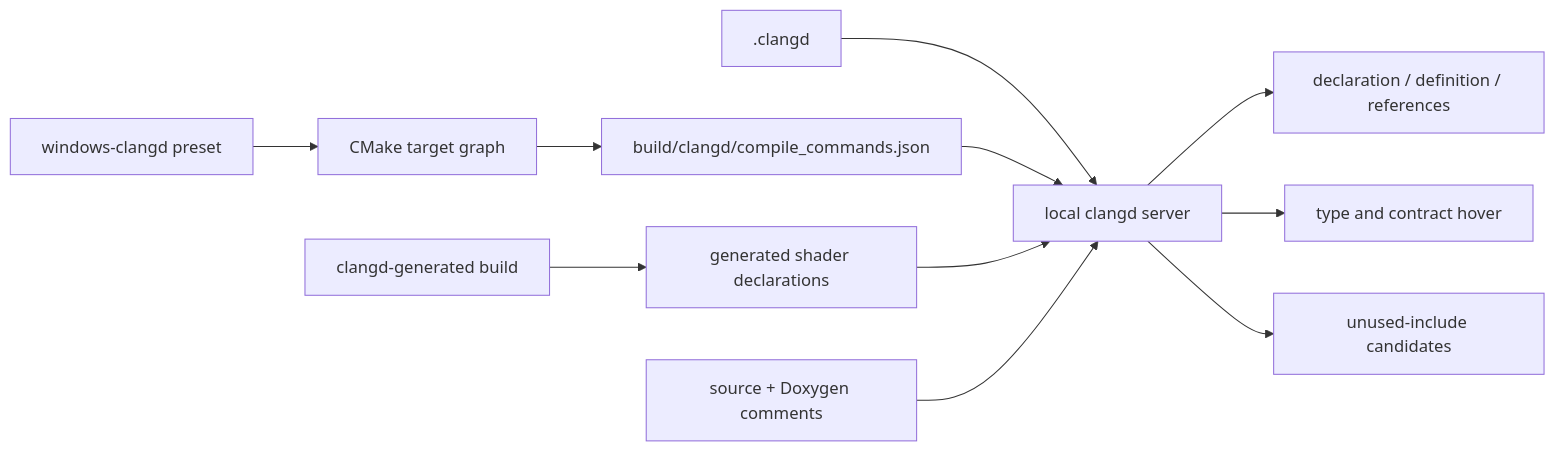
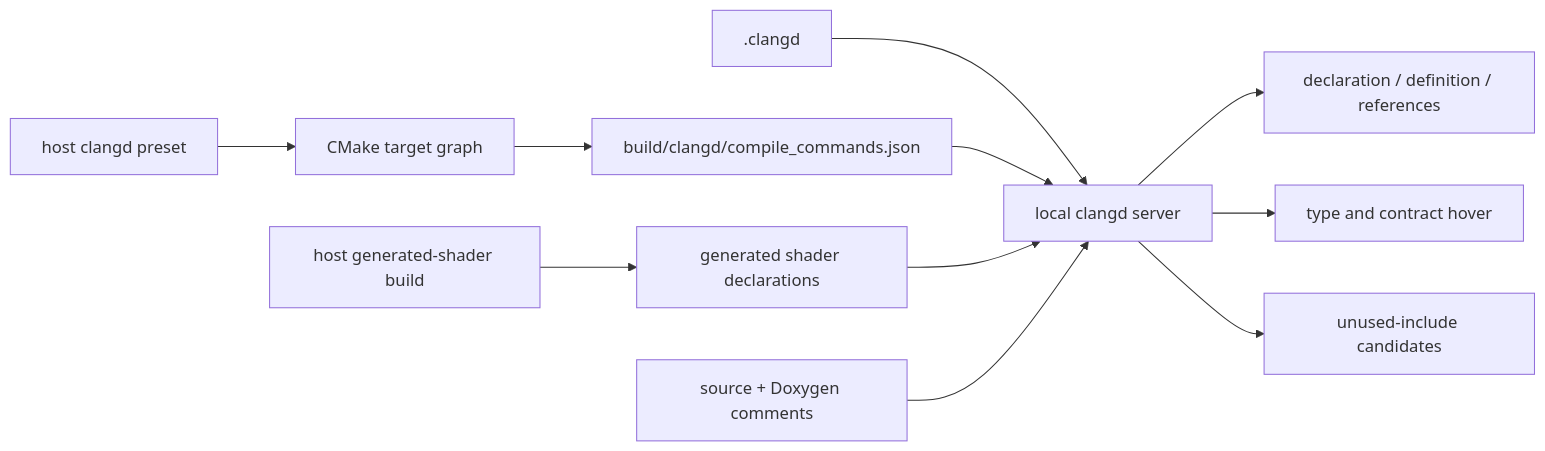
One commit to Mes0903/avb0795 changed the diagram in docs/development/clangd.md. Above: the diagram before and after it, drawn with Mermaid. The commit also changed other lines of this file and 6 other files, not shown here.

Commit message:
build: enable shared graphics targets on Linux

````diff
--- a/docs/development/clangd.md
+++ b/docs/development/clangd.md
@@ -54,13 +77,13 @@
 ```mermaid
 flowchart LR
-    Preset["windows-clangd preset"] --> CMake["CMake target graph"]
+    Preset["host clangd preset"] --> CMake["CMake target graph"]
     CMake --> DB["build/clangd/compile_commands.json"]
-    Shader["clangd-generated build"] --> Generated["generated shader declarations"]
+    Shader["host generated-shader build"] --> Generated["generated shader declarations"]
     Config[".clangd"] --> Server["local clangd server"]
     DB --> Server
     Generated --> Server
     Sources["source + Doxygen comments"] --> Server
     Server --> Navigation["declaration / definition / references"]
     Server --> Hover["type and contract hover"]
     Server --> Includes["unused-include candidates"]
 ```
````
